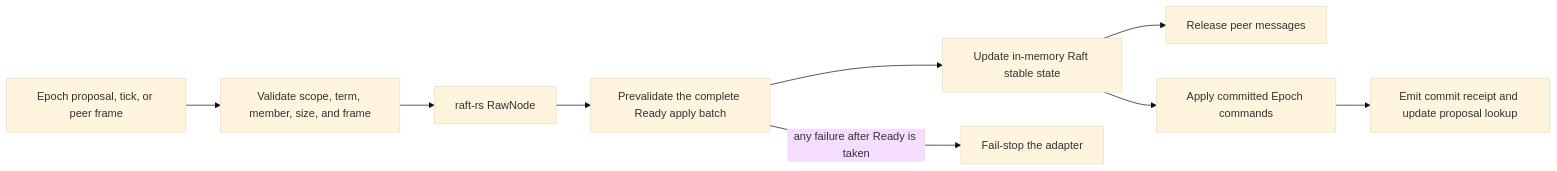
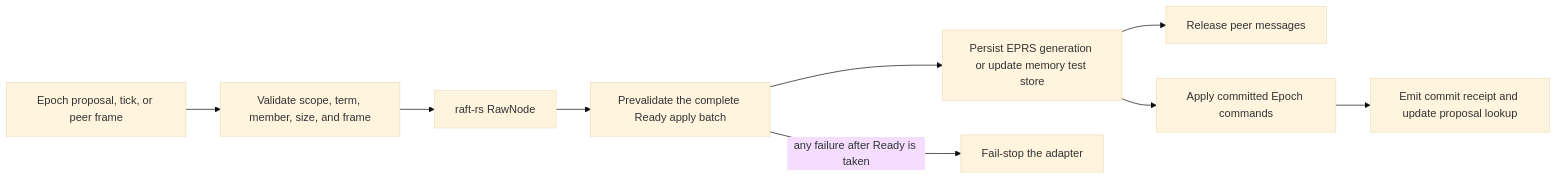
The diagram in docs/CONSENSUS_SPIKE.md (Ripan-Roy/epoch), drawn with Mermaid (base theme) before and after one commit. The commit also changed other lines of this file and 15 other files, not shown here.

Commit message:
Add persistent Raft stable-state recovery

````diff
--- a/docs/CONSENSUS_SPIKE.md
+++ b/docs/CONSENSUS_SPIKE.md
@@ -35,11 +49,11 @@
 ```mermaid
 flowchart LR
     Input["Epoch proposal, tick, or peer frame"] --> Validate["Validate scope, term, member, size, and frame"]
     Validate --> Raft["raft-rs RawNode"]
     Raft --> Ready["Prevalidate the complete Ready apply batch"]
-    Ready --> Store["Update in-memory Raft stable state"]
+    Ready --> Store["Persist EPRS generation or update memory test store"]
     Store --> Messages["Release peer messages"]
     Store --> Apply["Apply committed Epoch commands"]
     Apply --> Receipt["Emit commit receipt and update proposal lookup"]
     Ready -->|any failure after Ready is taken| Stop["Fail-stop the adapter"]
 ```
````
